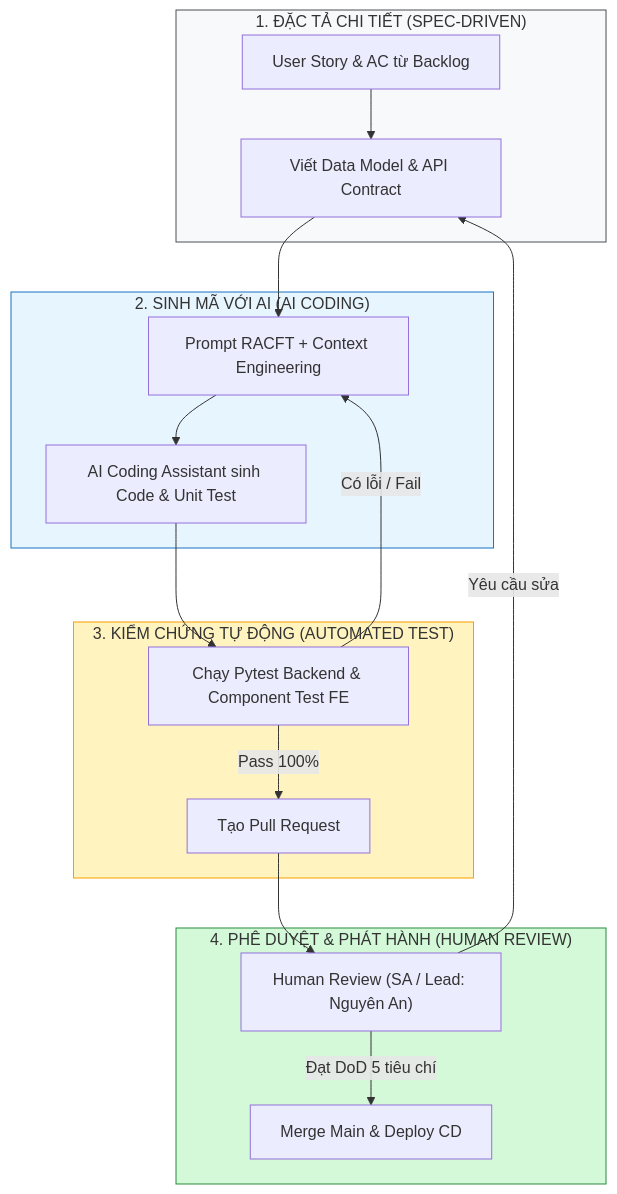
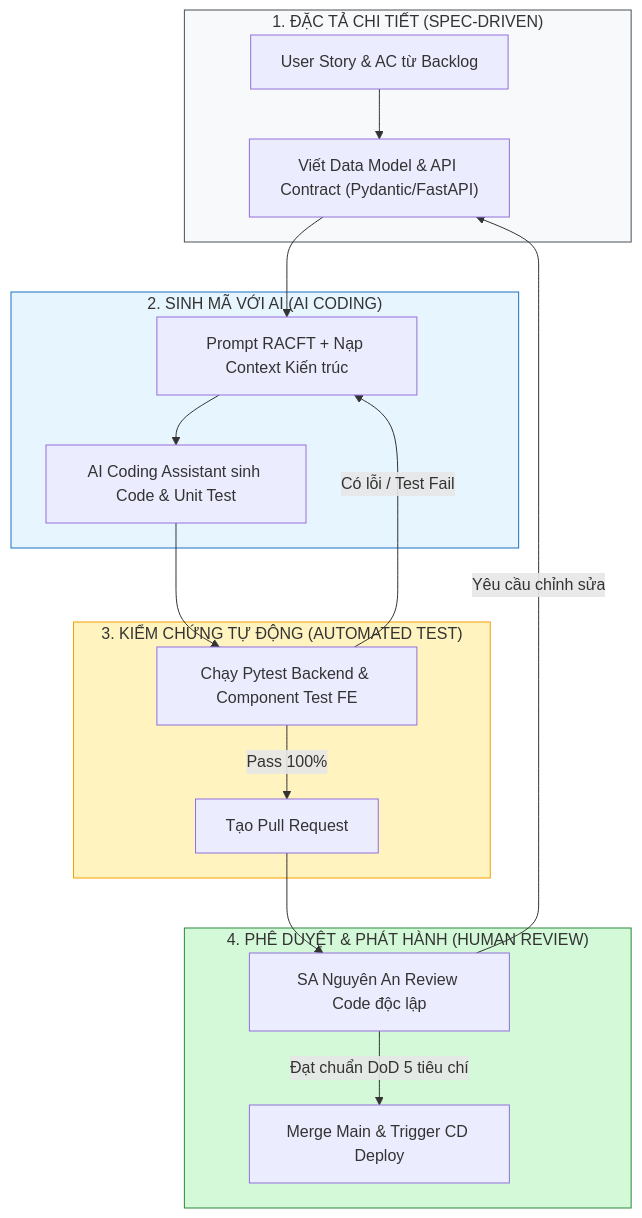
The first of 3 diagrams in final-exam/preparation/4_Estimation_Planning_Process/README.md (se-bros/hcmus-projectmanage--lab), drawn with Mermaid before and after one commit. The commit also changed other lines of this file, not shown here.

````diff
--- a/final-exam/preparation/4_Estimation_Planning_Process/README.md
+++ b/final-exam/preparation/4_Estimation_Planning_Process/README.md
@@ -68,28 +70,28 @@
 ```mermaid
 flowchart TD
     subgraph S1["1. ĐẶC TẢ CHI TIẾT (SPEC-DRIVEN)"]
-        A["User Story & AC từ Backlog"] --> B["Viết Data Model & API Contract"]
+        A["User Story & AC từ Backlog"] --> B["Viết Data Model & API Contract (Pydantic/FastAPI)"]
     end
 
     subgraph S2["2. SINH MÃ VỚI AI (AI CODING)"]
-        B --> C["Prompt RACFT + Context Engineering"]
+        B --> C["Prompt RACFT + Nạp Context Kiến trúc"]
         C --> D["AI Coding Assistant sinh Code & Unit Test"]
     end
 
     subgraph S3["3. KIỂM CHỨNG TỰ ĐỘNG (AUTOMATED TEST)"]
         D --> E["Chạy Pytest Backend & Component Test FE"]
-        E -->|Có lỗi / Fail| C
+        E -->|Có lỗi / Test Fail| C
         E -->|Pass 100%| F["Tạo Pull Request"]
     end
 
     subgraph S4["4. PHÊ DUYỆT & PHÁT HÀNH (HUMAN REVIEW)"]
-        F --> G["Human Review (SA / Lead: Nguyên An)"]
-        G -->|Yêu cầu sửa| B
-        G -->|Đạt DoD 5 tiêu chí| H["Merge Main & Deploy CD"]
+        F --> G["SA Nguyên An Review Code độc lập"]
+        G -->|Yêu cầu chỉnh sửa| B
+        G -->|Đạt chuẩn DoD 5 tiêu chí| H["Merge Main & Trigger CD Deploy"]
     end
 
     style S1 fill:#f8f9fa,stroke:#495057
     style S2 fill:#e7f5ff,stroke:#1971c2
     style S3 fill:#fff3bf,stroke:#f59f00
     style S4 fill:#d3f9d8,stroke:#2b8a3e
 ```
````
